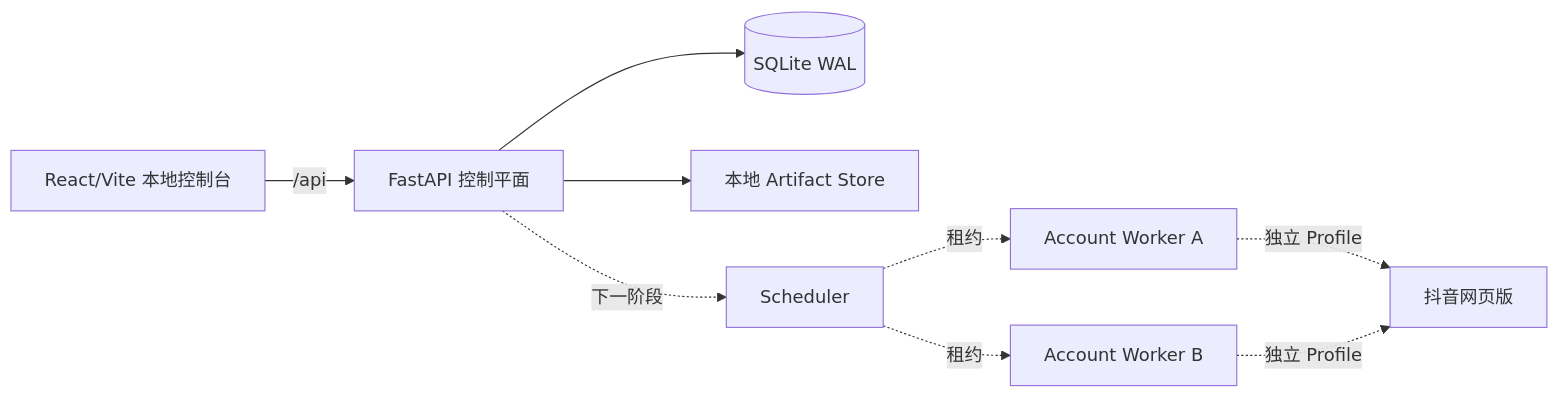
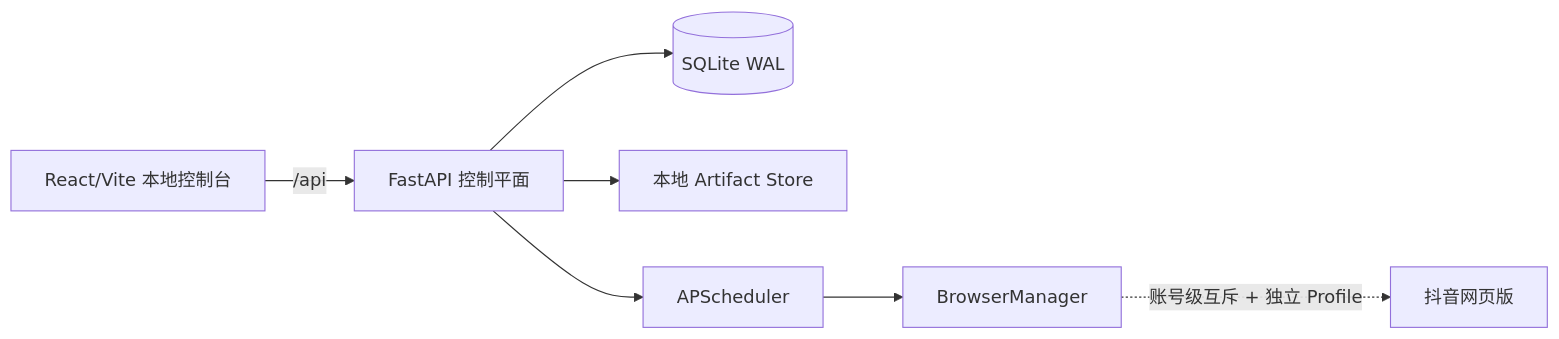
The first of 2 diagrams in docs/TECHNICAL_DESIGN.md (oinzc/flame-contractor-oss), drawn with Mermaid before and after one commit. The commit also changed other lines of this file and 5 other files, not shown here.

````diff
--- a/docs/TECHNICAL_DESIGN.md
+++ b/docs/TECHNICAL_DESIGN.md
@@ -15,11 +15,9 @@
 ```mermaid
 flowchart LR
   UI[React/Vite 本地控制台] -->|/api| API[FastAPI 控制平面]
   API --> DB[(SQLite WAL)]
   API --> ART[本地 Artifact Store]
-  API -.下一阶段.-> SCH[Scheduler]
-  SCH -.租约.-> W1[Account Worker A]
-  SCH -.租约.-> W2[Account Worker B]
-  W1 -.独立 Profile.-> DY[抖音网页版]
-  W2 -.独立 Profile.-> DY
+  API --> SCH[APScheduler]
+  SCH --> BM[BrowserManager]
+  BM -.账号级互斥 + 独立 Profile.-> DY[抖音网页版]
 ```
````
